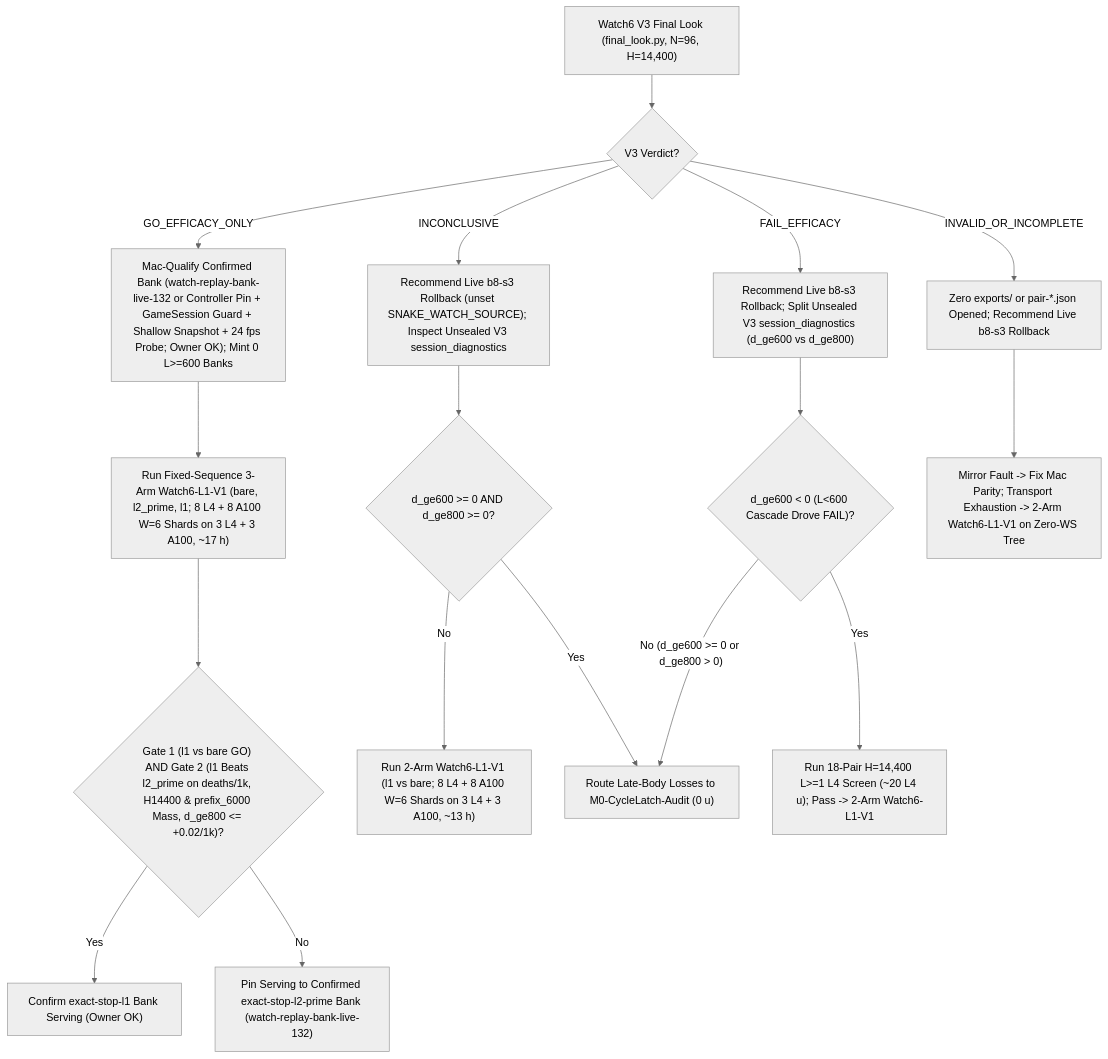
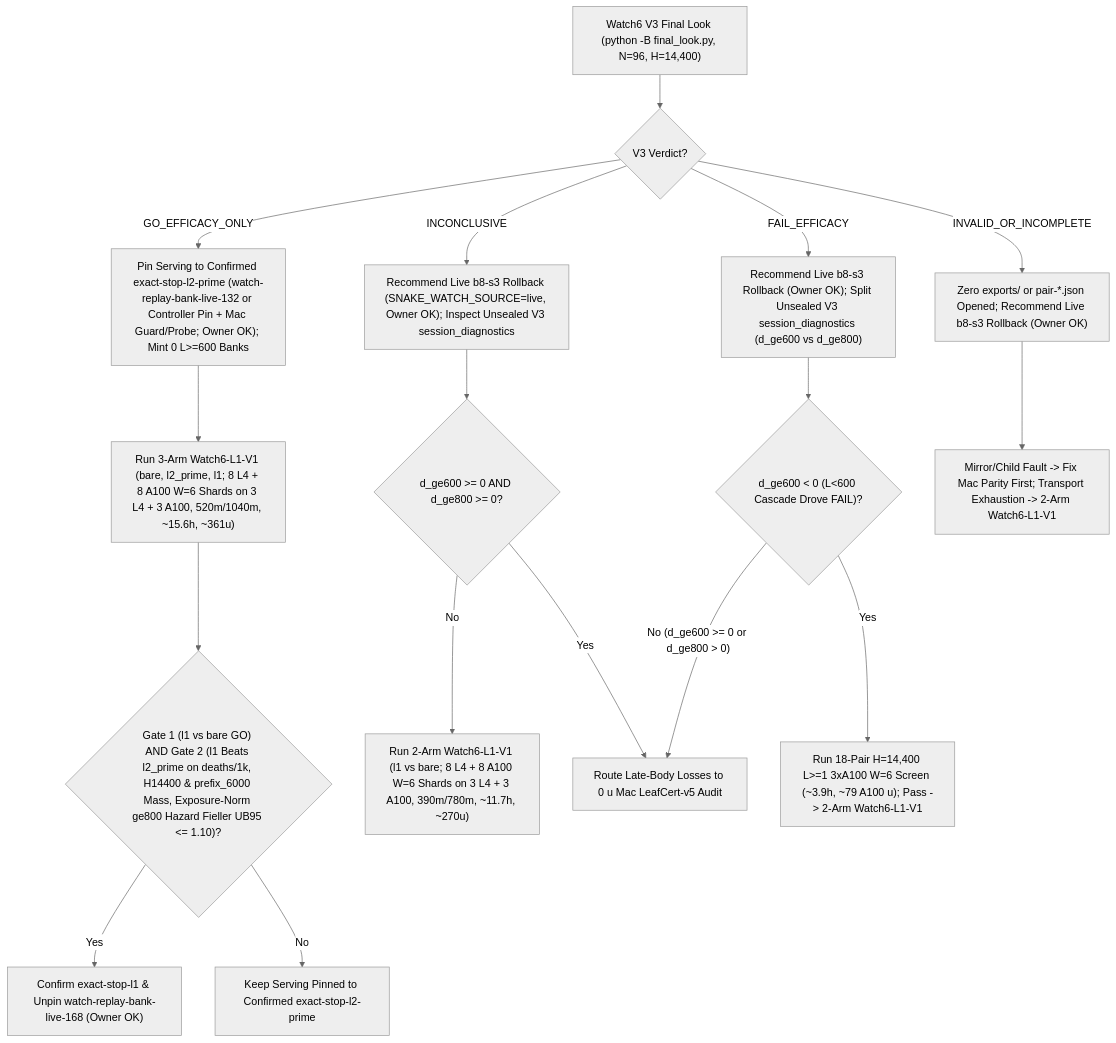
One commit to josenunezwork/snake-dqn changed the diagram in docs/research/ROADMAP.md. Above: the diagram before and after it, drawn with Mermaid (neutral theme). The commit also changed other lines of this file, not shown here.

Commit message:
docs(roadmap): fold in round-05 synthesis as current and later-round advice

````diff
--- a/docs/research/ROADMAP.md
+++ b/docs/research/ROADMAP.md
@@ -77,19 +85,19 @@
 ```mermaid
 flowchart TD
-    V3["Watch6 V3 Final Look (final_look.py, N=96, H=14,400)"] --> VERDICT{"V3 Verdict?"}
-    VERDICT -- "GO_EFFICACY_ONLY" --> QUAL["Mac-Qualify Confirmed Bank (watch-replay-bank-live-132 or Controller Pin + GameSession Guard + Shallow Snapshot + 24 fps Probe; Owner OK); Mint 0 L>=600 Banks"]
-    QUAL --> L1_3ARM["Run Fixed-Sequence 3-Arm Watch6-L1-V1 (bare, l2_prime, l1; 8 L4 + 8 A100 W=6 Shards on 3 L4 + 3 A100, ~17 h)"]
-    L1_3ARM --> GATE2{"Gate 1 (l1 vs bare GO) AND Gate 2 (l1 Beats l2_prime on deaths/1k, H14400 & prefix_6000 Mass, d_ge800 <= +0.02/1k)?"}
-    GATE2 -- "Yes" --> SWITCH["Confirm exact-stop-l1 Bank Serving (Owner OK)"]
-    GATE2 -- "No" --> KEEP_L2["Pin Serving to Confirmed exact-stop-l2-prime Bank (watch-replay-bank-live-132)"]
-    VERDICT -- "INCONCLUSIVE" --> INC_RB["Recommend Live b8-s3 Rollback (unset SNAKE_WATCH_SOURCE); Inspect Unsealed V3 session_diagnostics"]
+    V3["Watch6 V3 Final Look (python -B final_look.py, N=96, H=14,400)"] --> VERDICT{"V3 Verdict?"}
+    VERDICT -- "GO_EFFICACY_ONLY" --> PIN_L2["Pin Serving to Confirmed exact-stop-l2-prime (watch-replay-bank-live-132 or Controller Pin + Mac Guard/Probe; Owner OK); Mint 0 L>=600 Banks"]
+    PIN_L2 --> L1_3ARM["Run 3-Arm Watch6-L1-V1 (bare, l2_prime, l1; 8 L4 + 8 A100 W=6 Shards on 3 L4 + 3 A100, 520m/1040m, ~15.6h, ~361u)"]
+    L1_3ARM --> GATE2{"Gate 1 (l1 vs bare GO) AND Gate 2 (l1 Beats l2_prime on deaths/1k, H14400 & prefix_6000 Mass, Exposure-Norm ge800 Hazard Fieller UB95 <= 1.10)?"}
+    GATE2 -- "Yes" --> UNPIN168["Confirm exact-stop-l1 & Unpin watch-replay-bank-live-168 (Owner OK)"]
+    GATE2 -- "No" --> KEEP_L2["Keep Serving Pinned to Confirmed exact-stop-l2-prime"]
+    VERDICT -- "INCONCLUSIVE" --> INC_RB["Recommend Live b8-s3 Rollback (SNAKE_WATCH_SOURCE=live, Owner OK); Inspect Unsealed V3 session_diagnostics"]
     INC_RB --> INC_CHK{"d_ge600 >= 0 AND d_ge800 >= 0?"}
-    INC_CHK -- "No" --> L1_2ARM["Run 2-Arm Watch6-L1-V1 (l1 vs bare; 8 L4 + 8 A100 W=6 Shards on 3 L4 + 3 A100, ~13 h)"]
-    INC_CHK -- "Yes" --> LATCH["Route Late-Body Losses to M0-CycleLatch-Audit (0 u)"]
-    VERDICT -- "FAIL_EFFICACY" --> FAIL_RB["Recommend Live b8-s3 Rollback; Split Unsealed V3 session_diagnostics (d_ge600 vs d_ge800)"]
+    INC_CHK -- "No" --> L1_2ARM["Run 2-Arm Watch6-L1-V1 (l1 vs bare; 8 L4 + 8 A100 W=6 Shards on 3 L4 + 3 A100, 390m/780m, ~11.7h, ~270u)"]
+    INC_CHK -- "Yes" --> LEAF["Route Late-Body Losses to 0 u Mac LeafCert-v5 Audit"]
+    VERDICT -- "FAIL_EFFICACY" --> FAIL_RB["Recommend Live b8-s3 Rollback (Owner OK); Split Unsealed V3 session_diagnostics (d_ge600 vs d_ge800)"]
     FAIL_RB --> FAIL_CHK{"d_ge600 < 0 (L<600 Cascade Drove FAIL)?"}
-    FAIL_CHK -- "Yes" --> SCR18["Run 18-Pair H=14,400 L>=1 L4 Screen (~20 L4 u); Pass -> 2-Arm Watch6-L1-V1"]
-    FAIL_CHK -- "No (d_ge600 >= 0 or d_ge800 > 0)" --> LATCH
-    VERDICT -- "INVALID_OR_INCOMPLETE" --> INV_RB["Zero exports/ or pair-*.json Opened; Recommend Live b8-s3 Rollback"]
-    INV_RB --> INV_FIX["Mirror Fault -> Fix Mac Parity; Transport Exhaustion -> 2-Arm Watch6-L1-V1 on Zero-WS Tree"]
+    FAIL_CHK -- "Yes" --> SCR18["Run 18-Pair H=14,400 L>=1 3xA100 W=6 Screen (~3.9h, ~79 A100 u); Pass -> 2-Arm Watch6-L1-V1"]
+    FAIL_CHK -- "No (d_ge600 >= 0 or d_ge800 > 0)" --> LEAF
+    VERDICT -- "INVALID_OR_INCOMPLETE" --> INV_RB["Zero exports/ or pair-*.json Opened; Recommend Live b8-s3 Rollback (Owner OK)"]
+    INV_RB --> INV_FIX["Mirror/Child Fault -> Fix Mac Parity First; Transport Exhaustion -> 2-Arm Watch6-L1-V1"]
 ```
````
